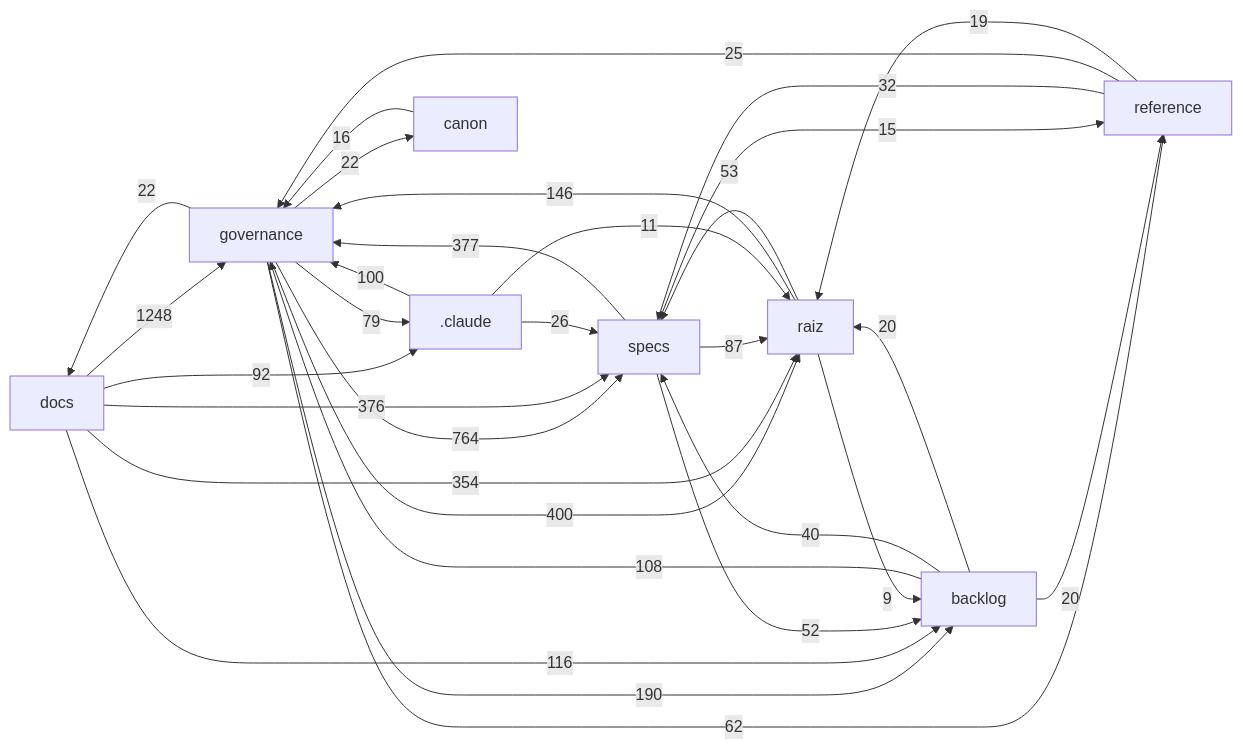
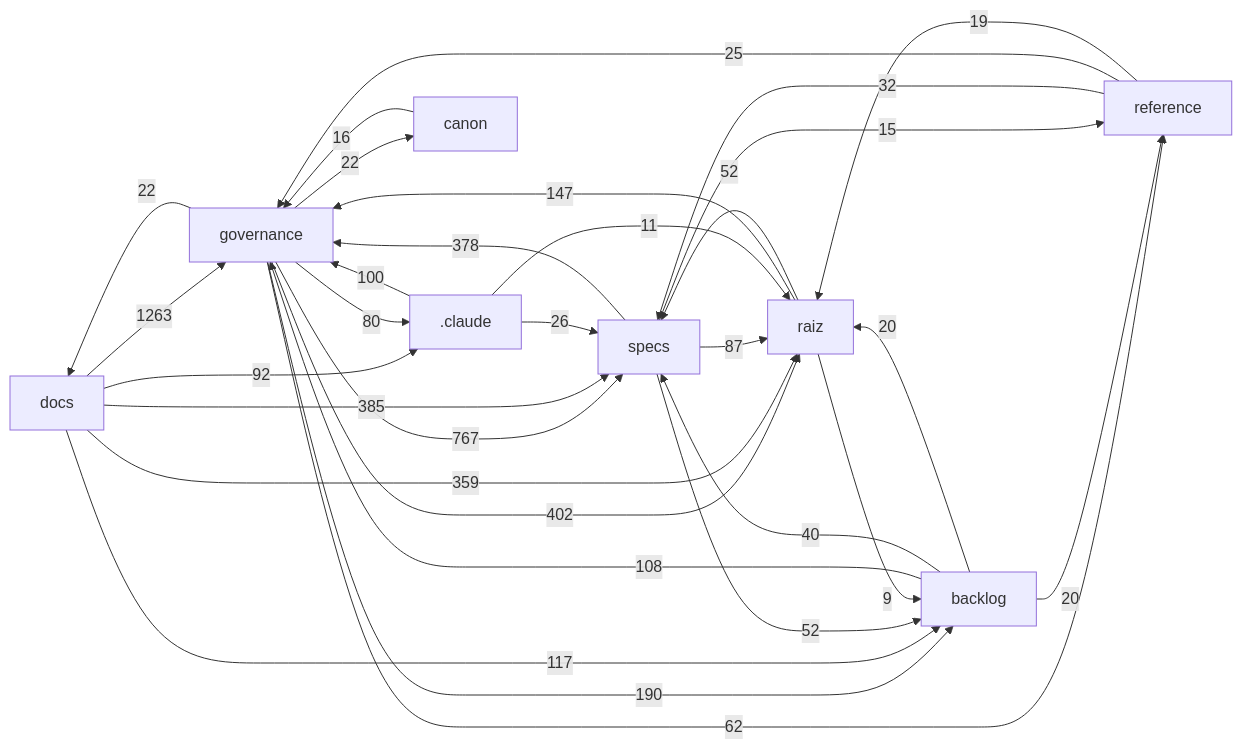
Before and after one commit to Andraus35/Sistema-Operacional-de-Trading--SOT: the diagram in docs/mapa/MAPA-PROJETO.md, drawn with Mermaid. The commit also changed other lines of this file and 4 other files, not shown here.

````diff
--- a/docs/mapa/MAPA-PROJETO.md
+++ b/docs/mapa/MAPA-PROJETO.md
@@ -29,33 +29,33 @@
 ```mermaid
 flowchart LR
-  docs["docs"] -->|1248| governance["governance"]
-  governance["governance"] -->|764| specs["specs"]
-  governance["governance"] -->|400| raiz["raiz"]
-  specs["specs"] -->|377| governance["governance"]
-  docs["docs"] -->|376| specs["specs"]
-  docs["docs"] -->|354| raiz["raiz"]
+  docs["docs"] -->|1263| governance["governance"]
+  governance["governance"] -->|767| specs["specs"]
+  governance["governance"] -->|402| raiz["raiz"]
+  docs["docs"] -->|385| specs["specs"]
+  specs["specs"] -->|378| governance["governance"]
+  docs["docs"] -->|359| raiz["raiz"]
   governance["governance"] -->|190| backlog["backlog"]
-  raiz["raiz"] -->|146| governance["governance"]
-  docs["docs"] -->|116| backlog["backlog"]
+  raiz["raiz"] -->|147| governance["governance"]
+  docs["docs"] -->|117| backlog["backlog"]
   backlog["backlog"] -->|108| governance["governance"]
   _claude[".claude"] -->|100| governance["governance"]
   docs["docs"] -->|92| _claude[".claude"]
   specs["specs"] -->|87| raiz["raiz"]
-  governance["governance"] -->|79| _claude[".claude"]
+  governance["governance"] -->|80| _claude[".claude"]
   governance["governance"] -->|62| reference["reference"]
-  raiz["raiz"] -->|53| specs["specs"]
+  raiz["raiz"] -->|52| specs["specs"]
   specs["specs"] -->|52| backlog["backlog"]
   backlog["backlog"] -->|40| specs["specs"]
   reference["reference"] -->|32| specs["specs"]
   _claude[".claude"] -->|26| specs["specs"]
   reference["reference"] -->|25| governance["governance"]
   governance["governance"] -->|22| docs["docs"]
   governance["governance"] -->|22| canon["canon"]
   backlog["backlog"] -->|20| raiz["raiz"]
   backlog["backlog"] -->|20| reference["reference"]
   reference["reference"] -->|19| raiz["raiz"]
   canon["canon"] -->|16| governance["governance"]
   specs["specs"] -->|15| reference["reference"]
   _claude[".claude"] -->|11| raiz["raiz"]
   raiz["raiz"] -->|9| backlog["backlog"]
 ```
````
